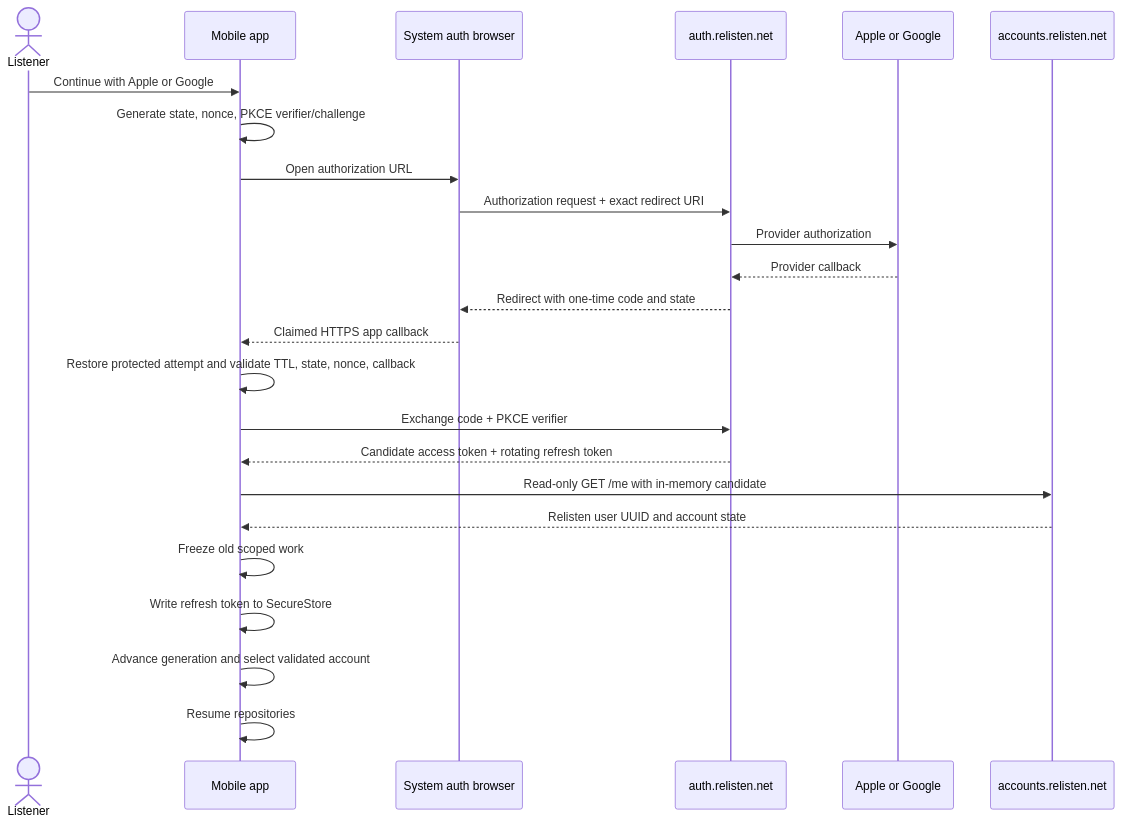
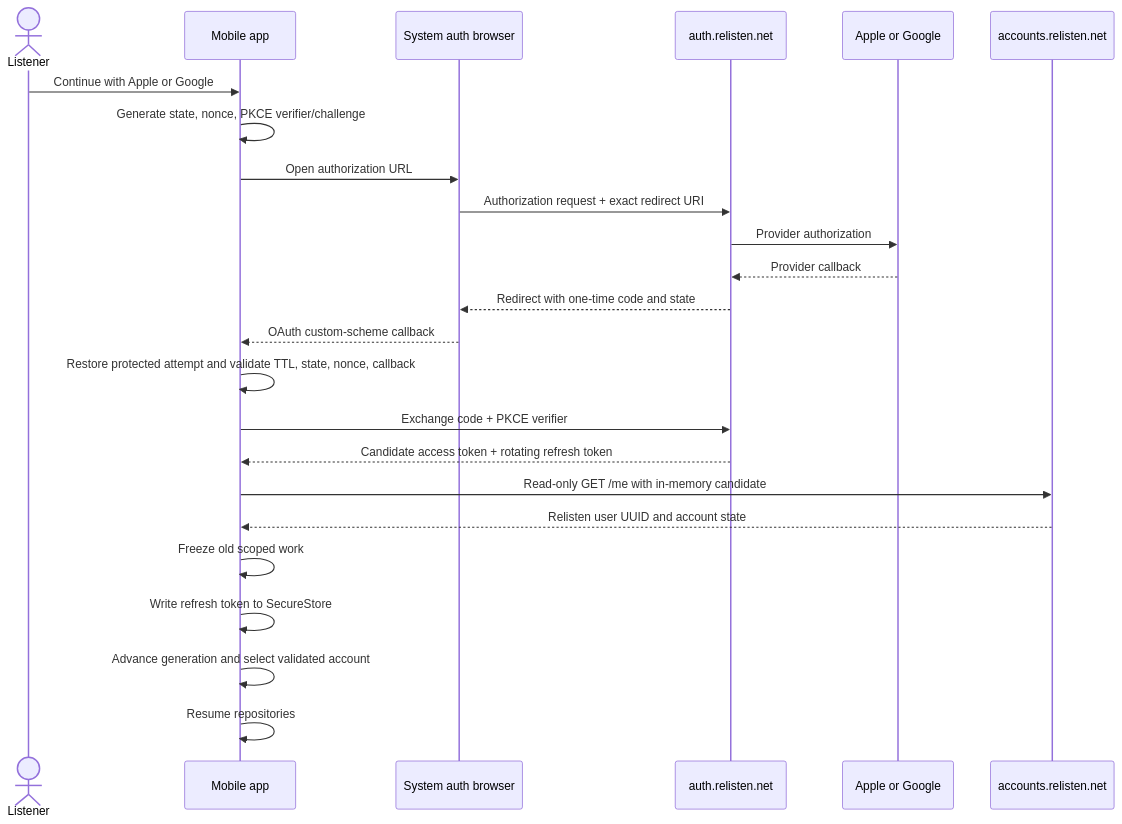
Before and after one commit to RelistenNet/relisten-mobile: the fourth of 14 diagrams in docs/architecture/2026-07-18-relisten-mobile-accounts-library-sync-and-sonos-architecture.md, drawn with Mermaid. The commit also changed other lines of this file and 3 other files, not shown here.

First line of the commit message:
fix(auth): use custom iOS OAuth callback

````diff
--- a/docs/architecture/2026-07-18-relisten-mobile-accounts-library-sync-and-sonos-architecture.md
+++ b/docs/architecture/2026-07-18-relisten-mobile-accounts-library-sync-and-sonos-architecture.md
@@ -294,27 +293,27 @@
 ```mermaid
 sequenceDiagram
     actor L as Listener
     participant M as Mobile app
     participant B as System auth browser
     participant A as auth.relisten.net
     participant P as Apple or Google
     participant U as accounts.relisten.net
 
     L->>M: Continue with Apple or Google
     M->>M: Generate state, nonce, PKCE verifier/challenge
     M->>B: Open authorization URL
     B->>A: Authorization request + exact redirect URI
     A->>P: Provider authorization
     P-->>A: Provider callback
     A-->>B: Redirect with one-time code and state
-    B-->>M: Claimed HTTPS app callback
+    B-->>M: OAuth custom-scheme callback
     M->>M: Restore protected attempt and validate TTL, state, nonce, callback
     M->>A: Exchange code + PKCE verifier
     A-->>M: Candidate access token + rotating refresh token
     M->>U: Read-only GET /me with in-memory candidate
     U-->>M: Relisten user UUID and account state
     M->>M: Freeze old scoped work
     M->>M: Write refresh token to SecureStore
     M->>M: Advance generation and select validated account
     M->>M: Resume repositories
 ```
````
